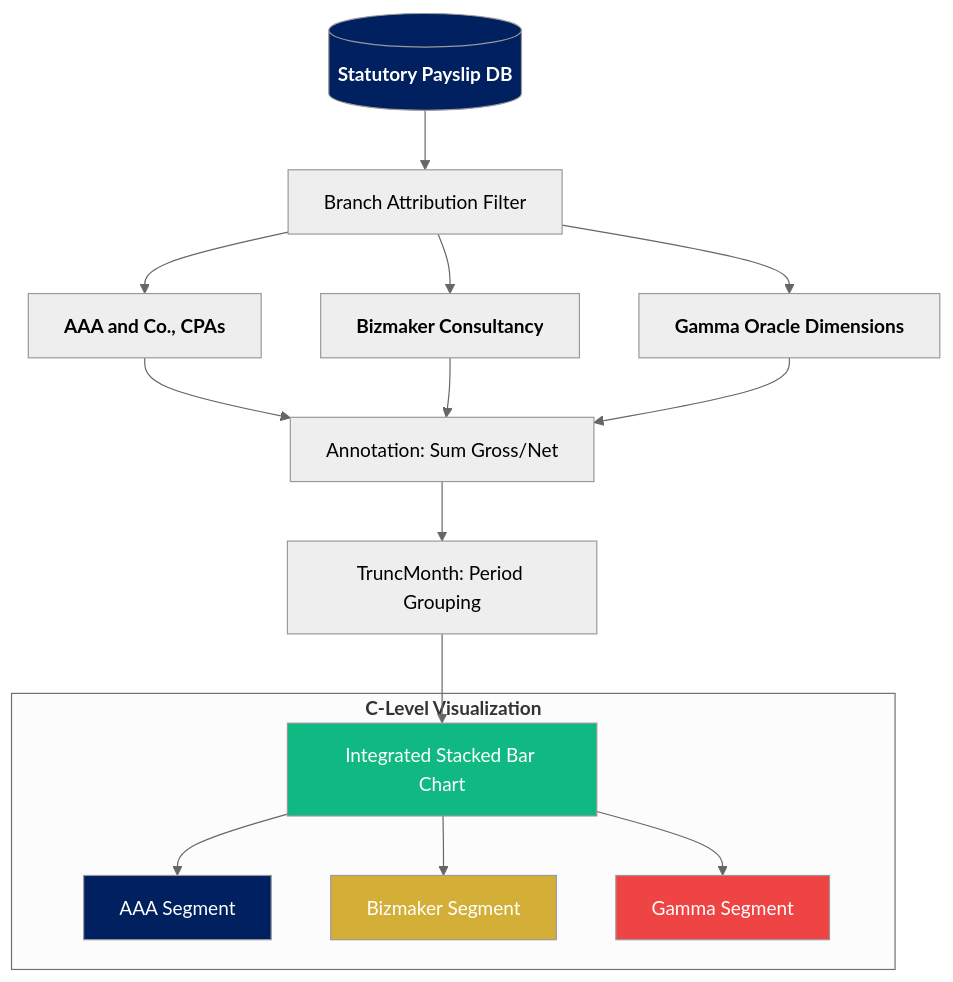
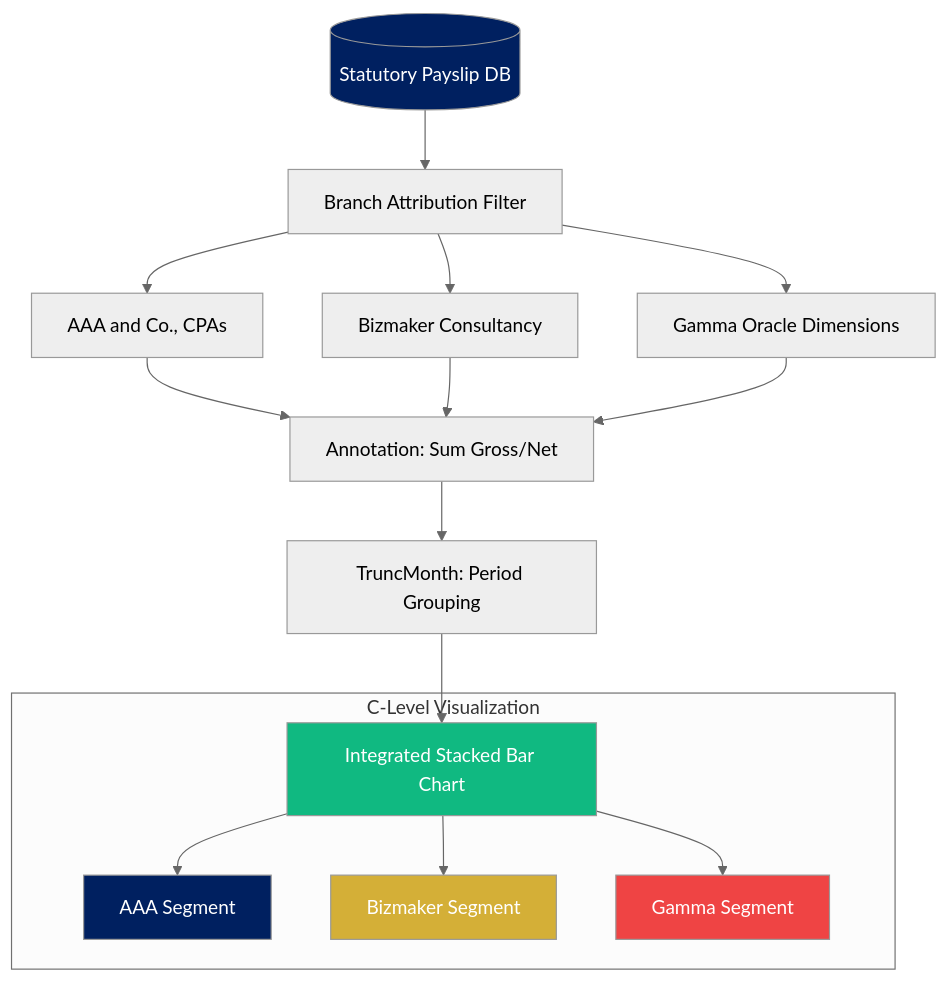
Before and after one commit to binssente-crypto/PAYROLL-DOCUMENTATION: the sixth of 13 diagrams in README.md, drawn with Mermaid (neutral theme). The commit also changed other lines of this file, not shown here.

````diff
--- a/README.md
+++ b/README.md
@@ -212,26 +213,26 @@
 ```mermaid
 flowchart TD
-    DB[(<b>Statutory Payslip DB</b>)] --> ATTR[Branch Attribution Filter]
-    ATTR --> AAA[<b>AAA and Co., CPAs</b>]
-    ATTR --> BIZ[<b>Bizmaker Consultancy</b>]
-    ATTR --> GAM[<b>Gamma Oracle Dimensions</b>]
+    DB[(Statutory Payslip DB)] --> ATTR[Branch Attribution Filter]
+    ATTR --> AAA[AAA and Co., CPAs]
+    ATTR --> BIZ[Bizmaker Consultancy]
+    ATTR --> GAM[Gamma Oracle Dimensions]
     
-    AAA --> SUM[Annotation: Sum Gross/Net]
+    AAA --> SUM["Annotation: Sum Gross/Net"]
     BIZ --> SUM
     GAM --> SUM
     
     SUM --> TRUNC[TruncMonth: Period Grouping]
     TRUNC --> CHART[Integrated Stacked Bar Chart]
     
-    subgraph View["<b>C-Level Visualization</b>"]
+    subgraph View["C-Level Visualization"]
         CHART --> SEG1[AAA Segment]
         CHART --> SEG2[Bizmaker Segment]
         CHART --> SEG3[Gamma Segment]
     end
 
     style DB fill:#002060,color:#fff
     style SEG1 fill:#002060,color:#fff
     style SEG2 fill:#D4AF37,color:#fff
     style SEG3 fill:#ef4444,color:#fff
     style CHART fill:#10b981,color:#fff
 ```
````
